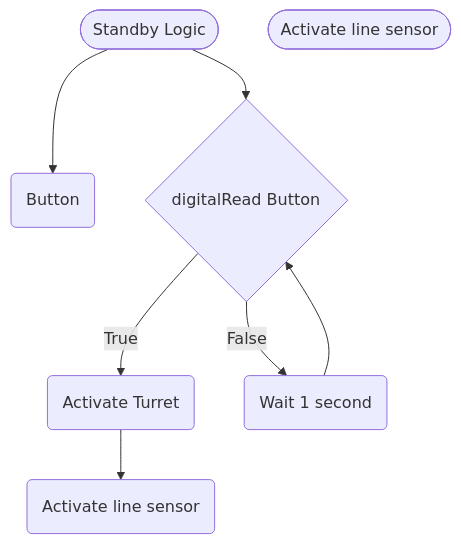
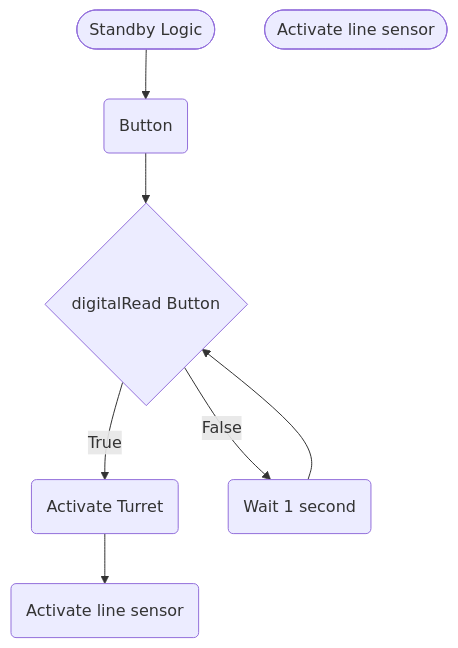
The first of 3 diagrams in logic.md (Zac2259/Smart-Turret), drawn with Mermaid before and after one commit.

````diff
--- a/logic.md
+++ b/logic.md
@@ -3,17 +3,17 @@
  ```mermaid
  flowchart TD
  %%standby logic
 terminalStart1([Standby Logic])
  terminalEnd1([Activate line sensor])
  Button(Button)
 Buttontrigger{digitalRead Button}
 activateturret(Activate Turret)
 activatesensor(Activate line sensor)
 loop(Wait 1 second)
 terminalStart1 --> Button
-terminalStart1 --> Buttontrigger
+Button --> Buttontrigger
 Buttontrigger --> |True| activateturret
 activateturret --> activatesensor
 Buttontrigger --> |False| loop
 loop -->Buttontrigger
 ```
````
